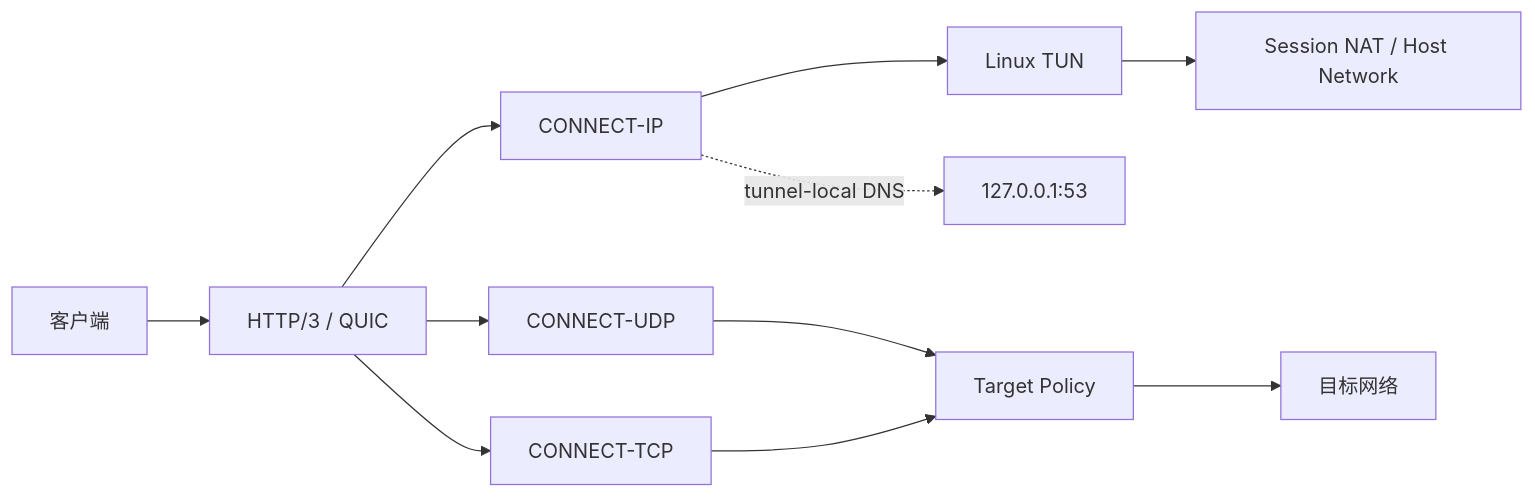
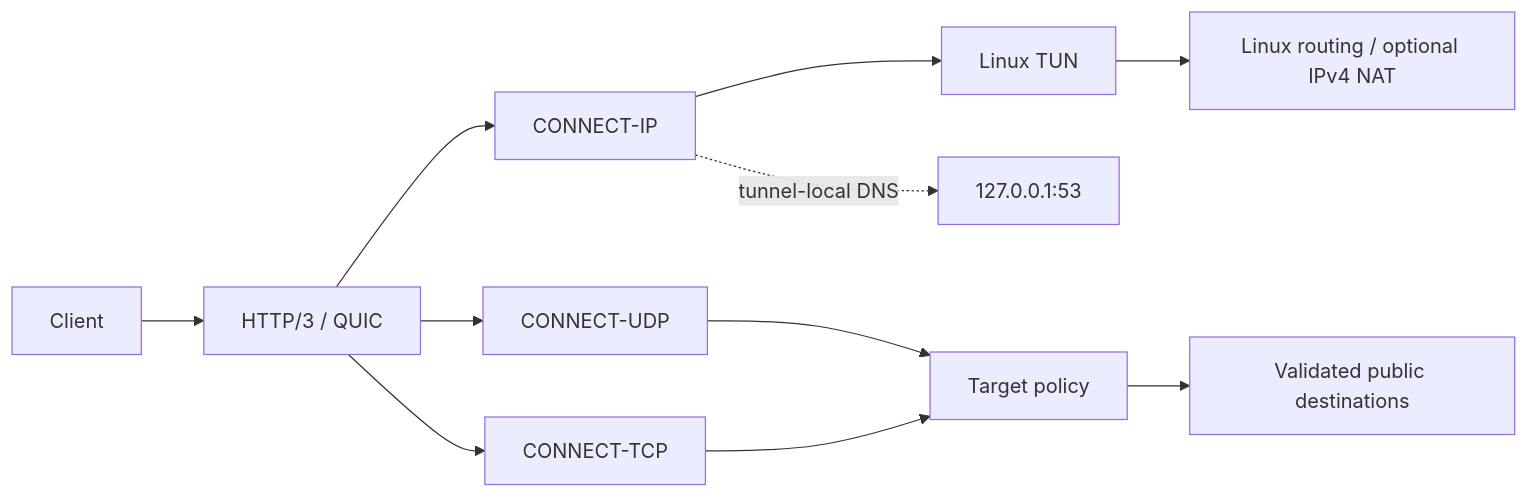
The diagram in README.md (Piggy-Cat-bit-shadow/jiejie-masque-unified), drawn with Mermaid before and after one commit. The commit also changed other lines of this file and 22 other files, not shown here.

````diff
--- a/README.md
+++ b/README.md
@@ -59,13 +18,13 @@
 ```mermaid
 flowchart LR
-    C[客户端] --> H3[HTTP/3 / QUIC]
-    H3 --> CIP[CONNECT-IP]
-    H3 --> CUDP[CONNECT-UDP]
-    H3 --> CTCP[CONNECT-TCP]
-    CIP --> TUN[Linux TUN]
-    TUN --> NAT[Session NAT / Host Network]
-    CUDP --> POLICY[Target Policy]
-    CTCP --> POLICY
-    POLICY --> NET[目标网络]
-    CIP -. tunnel-local DNS .-> DNS[127.0.0.1:53]
+    C[Client] --> H3[HTTP/3 / QUIC]
+    H3 --> IP[CONNECT-IP]
+    H3 --> UDP[CONNECT-UDP]
+    H3 --> TCP[CONNECT-TCP]
+    IP --> TUN[Linux TUN]
+    TUN --> NET[Linux routing / optional IPv4 NAT]
+    UDP --> POLICY[Target policy]
+    TCP --> POLICY
+    POLICY --> INTERNET[Validated public destinations]
+    IP -. tunnel-local DNS .-> DNS[127.0.0.1:53]
 ```
````
